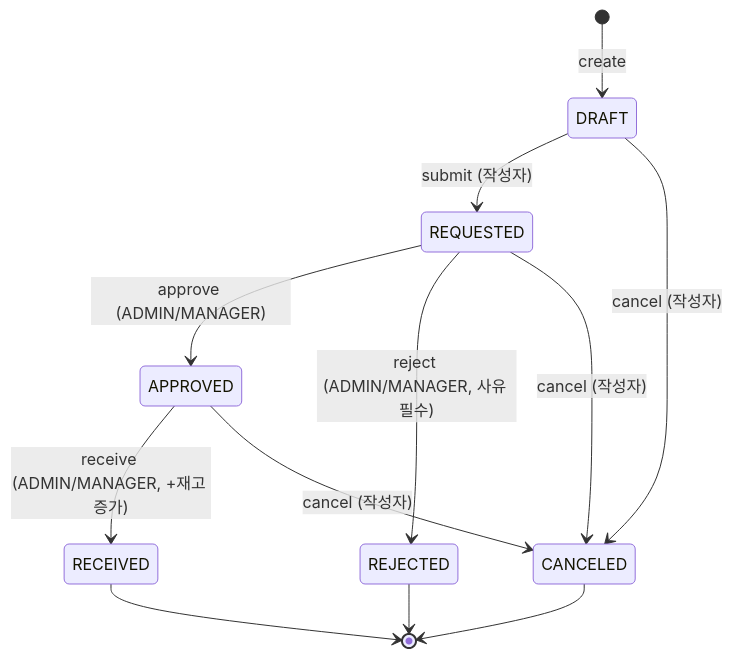
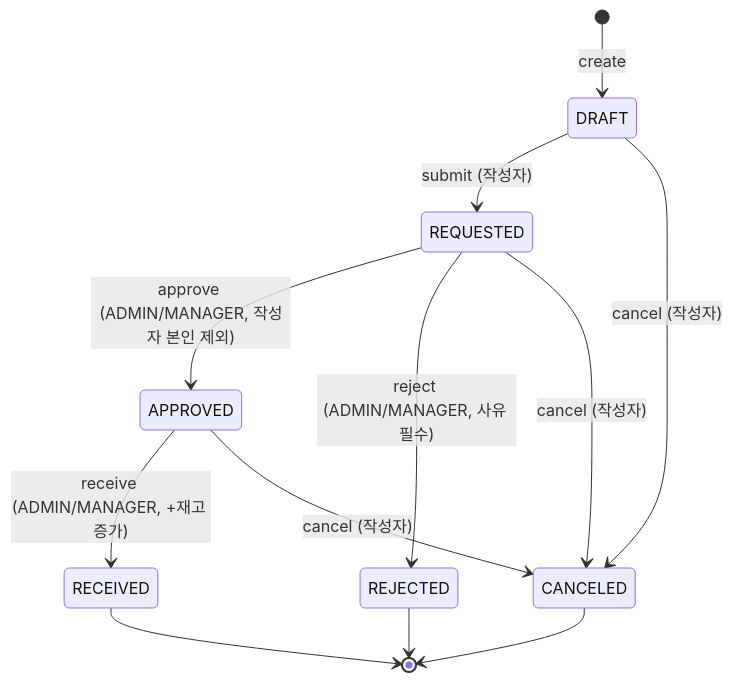
Before and after one commit to seungikyang/scm-system: the first of 2 diagrams in docs/STATE_MACHINE.md, drawn with Mermaid. The commit also changed other lines of this file and 275 other files, not shown here.

First line of the commit message:
feat: add sales orders and notices, harden order and master data flows

````diff
--- a/docs/STATE_MACHINE.md
+++ b/docs/STATE_MACHINE.md
@@ -33,14 +33,14 @@
 ```mermaid
 stateDiagram-v2
     [*] --> DRAFT : create
     DRAFT --> REQUESTED : submit (작성자)
-    REQUESTED --> APPROVED : approve (ADMIN/MANAGER)
+    REQUESTED --> APPROVED : approve (ADMIN/MANAGER, 작성자 본인 제외)
     REQUESTED --> REJECTED : reject (ADMIN/MANAGER, 사유 필수)
     APPROVED --> RECEIVED : receive (ADMIN/MANAGER, +재고 증가)
     DRAFT --> CANCELED : cancel (작성자)
     REQUESTED --> CANCELED : cancel (작성자)
     APPROVED --> CANCELED : cancel (작성자)
     REJECTED --> [*]
     RECEIVED --> [*]
     CANCELED --> [*]
 ```
````
